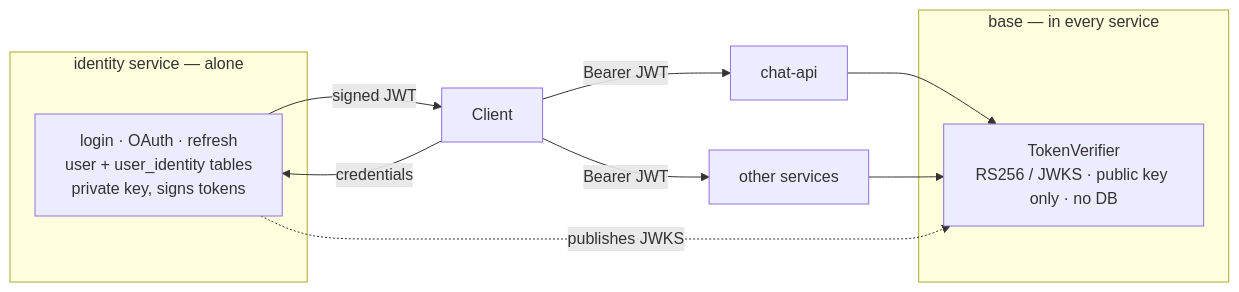
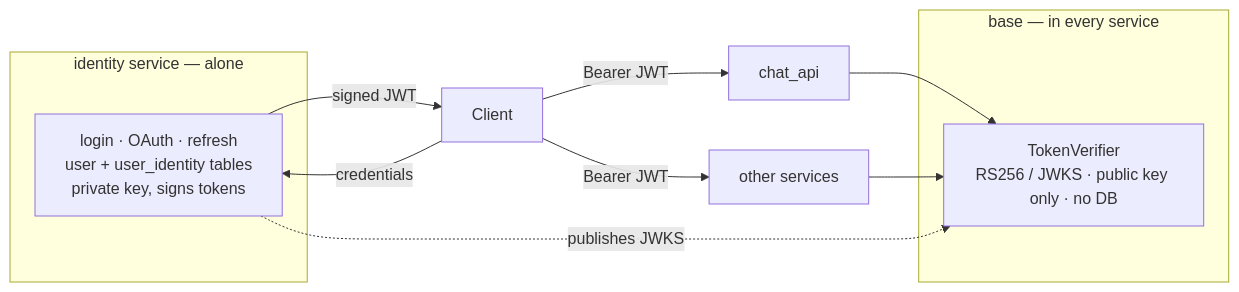
One commit to amrraedamr/opinionated-genai-microservices-starter changed the diagram in docs/architecture/05-service-contracts.md. Above: the diagram before and after it, drawn with Mermaid. The commit also changed other lines of this file and 57 other files, not shown here.

````diff
--- a/docs/architecture/05-service-contracts.md
+++ b/docs/architecture/05-service-contracts.md
@@ -38,18 +38,18 @@
 ```mermaid
 graph LR
     subgraph shared["base — in every service"]
         V["TokenVerifier<br/>RS256 / JWKS · public key only · no DB"]
     end
 
     subgraph identity["identity service — alone"]
         I["login · OAuth · refresh<br/>user + user_identity tables<br/>private key, signs tokens"]
     end
 
     C[Client] -->|credentials| I
     I -->|signed JWT| C
-    C -->|Bearer JWT| CA[chat-api]
+    C -->|Bearer JWT| CA[chat_api]
     C -->|Bearer JWT| W[other services]
     CA --> V
     W --> V
     I -. "publishes JWKS" .-> V
 ```
````
